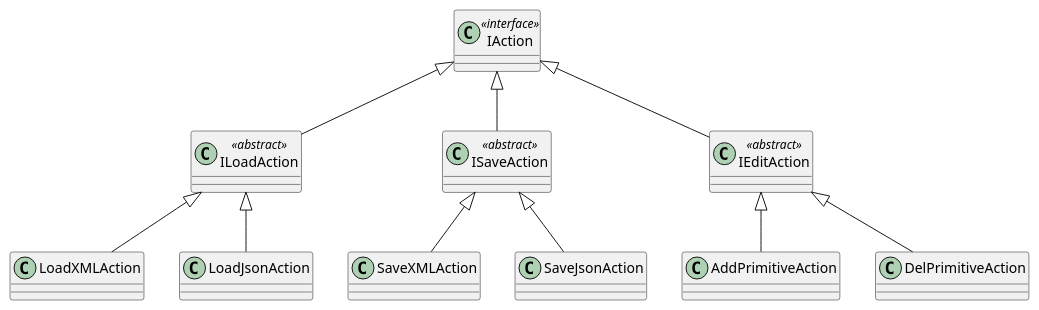
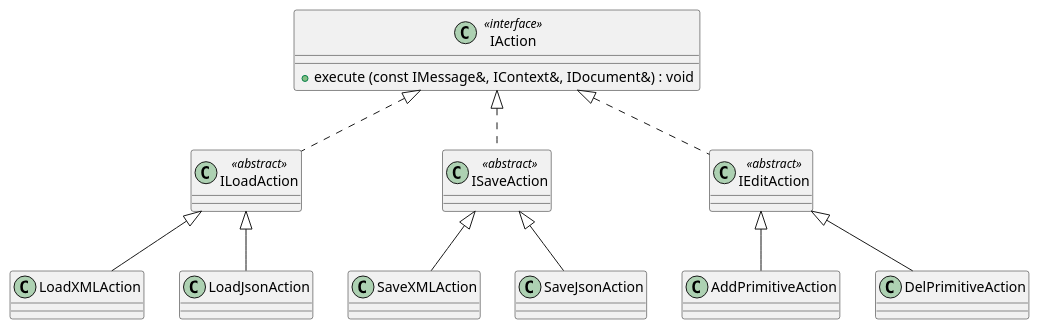
One commit to CheskisVladimir/otus-2025 changed the diagram in Editor/plant_uml/actions.puml. Above: the diagram before and after it, drawn with PlantUML. The commit also changed 3 other files, not shown here.

```diff
--- a/Editor/plant_uml/actions.puml
+++ b/Editor/plant_uml/actions.puml
@@ -1,36 +1,38 @@
 @startuml
 class IAction <<interface>> {
+   + execute (const IMessage&, IContext&, IDocument&) : void
+
 }
 
 class ILoadAction <<abstract>> {
 }
 
 class ISaveAction <<abstract>> {
 }
 
 class IEditAction <<abstract>> {
 }
 
 class SaveXMLAction{}
 class SaveJsonAction{}
 
 class LoadXMLAction{}
 class LoadJsonAction{}
 
 class AddPrimitiveAction{}
 class DelPrimitiveAction{}
 
-IAction <|-- ILoadAction
-IAction <|-- ISaveAction
-IAction <|-- IEditAction
+IAction <|.. ILoadAction
+IAction <|.. ISaveAction
+IAction <|.. IEditAction
 
 ISaveAction <|-- SaveXMLAction
 ISaveAction <|-- SaveJsonAction
 
 ILoadAction <|-- LoadXMLAction
 ILoadAction <|-- LoadJsonAction
 
 IEditAction <|-- AddPrimitiveAction
 IEditAction <|-- DelPrimitiveAction
 
 @enduml
```
